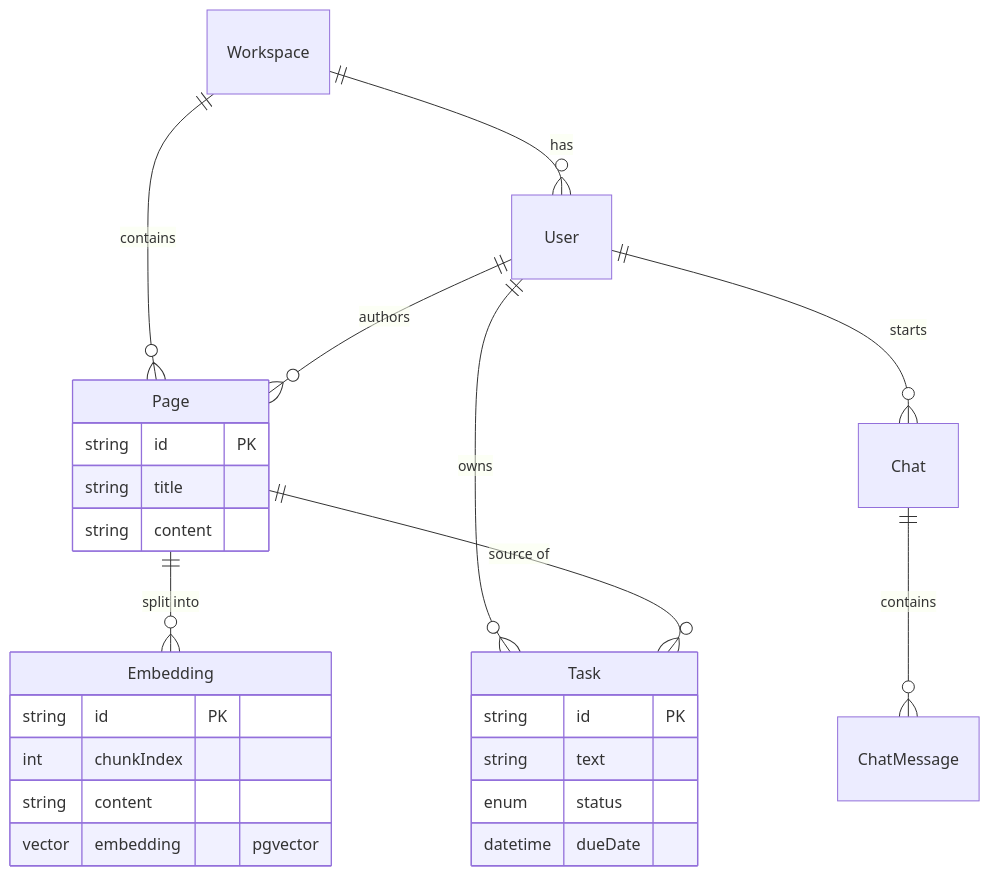
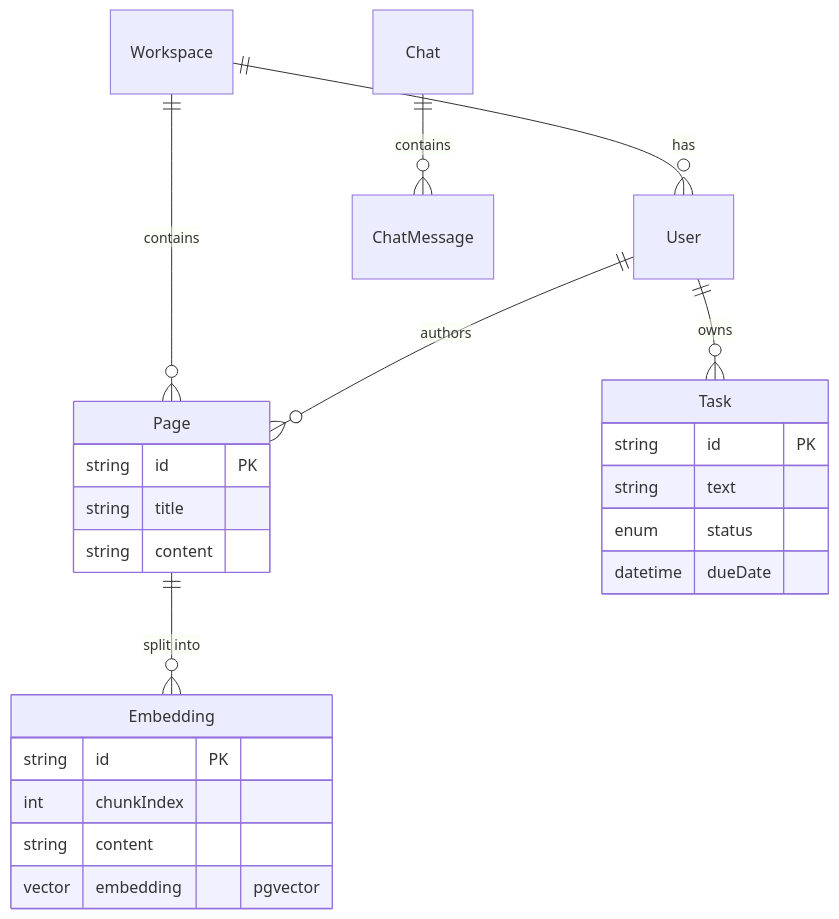
The third of 3 diagrams in README.md (kirbasaylin/workspace-ai), drawn with Mermaid before and after one commit. The commit also changed other lines of this file, not shown here.

````diff
--- a/README.md
+++ b/README.md
@@ -69,29 +71,27 @@
 ```mermaid
 erDiagram
     Workspace ||--o{ User : has
     Workspace ||--o{ Page : contains
     User ||--o{ Page : authors
     User ||--o{ Task : owns
-    User ||--o{ Chat : starts
     Page ||--o{ Embedding : "split into"
-    Page ||--o{ Task : "source of"
     Chat ||--o{ ChatMessage : contains
 
     Page {
       string id PK
       string title
       string content
     }
     Embedding {
       string id PK
       int chunkIndex
       string content
       vector embedding "pgvector"
     }
     Task {
       string id PK
       string text
       enum status
       datetime dueDate
     }
 ```
````
